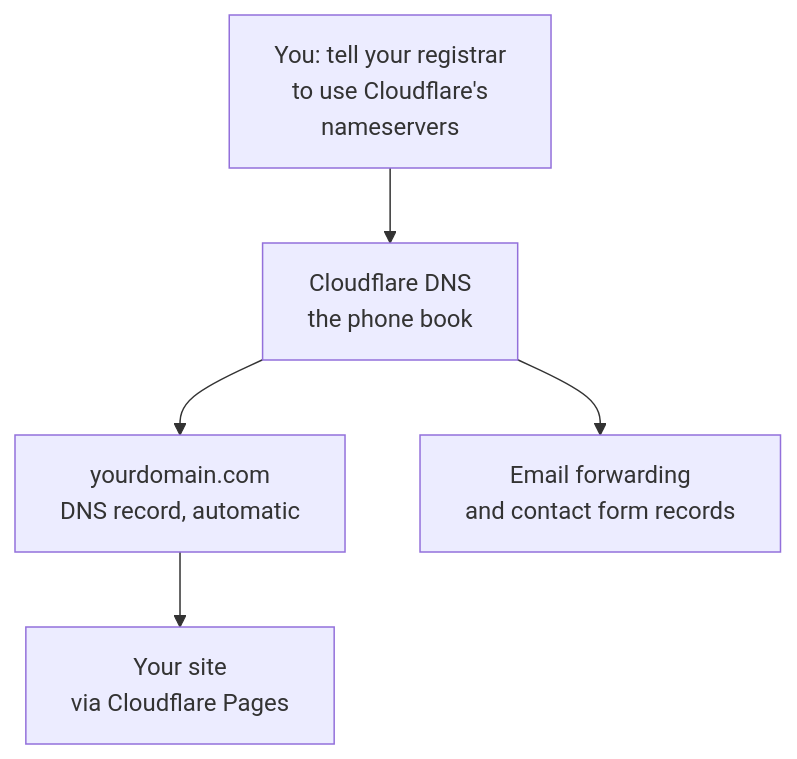
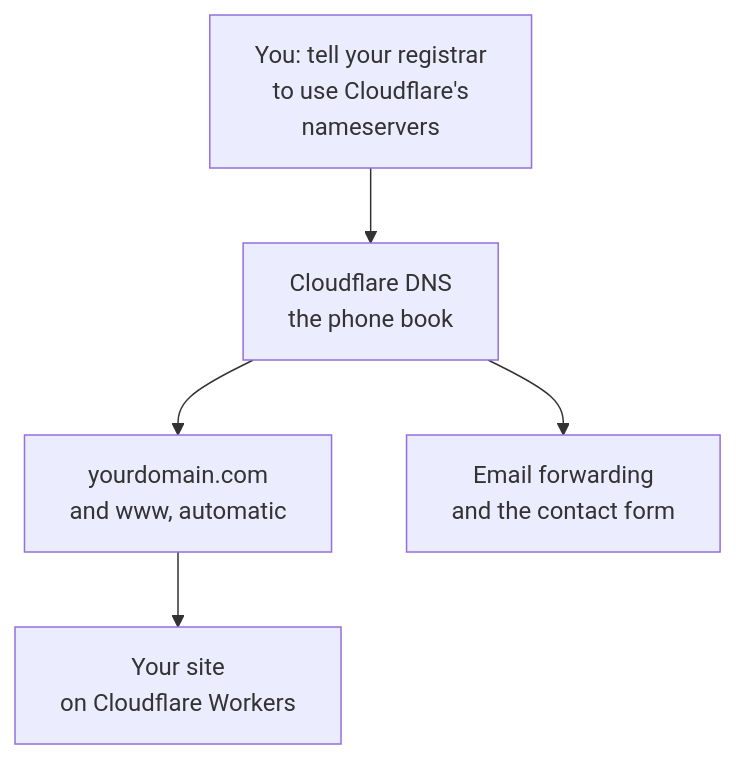
One commit to davegelinas/main-street changed the diagram in template/docs/domains-and-dns.md. Above: the diagram before and after it, drawn with Mermaid. The commit also changed other lines of this file and 25 other files, not shown here.

````diff
--- a/template/docs/domains-and-dns.md
+++ b/template/docs/domains-and-dns.md
@@ -12,7 +11,7 @@
 ```mermaid
 flowchart TD
     YOU[You: tell your registrar<br/>to use Cloudflare's<br/>nameservers] --> CF[Cloudflare DNS<br/>the phone book]
-    CF --> LIVE[yourdomain.com<br/>DNS record, automatic]
-    CF --> MAIL[Email forwarding<br/>and contact form records]
-    LIVE --> SITE[Your site<br/>via Cloudflare Pages]
+    CF --> LIVE[yourdomain.com<br/>and www, automatic]
+    CF --> MAIL[Email forwarding<br/>and the contact form]
+    LIVE --> SITE[Your site<br/>on Cloudflare Workers]
 ```
````
